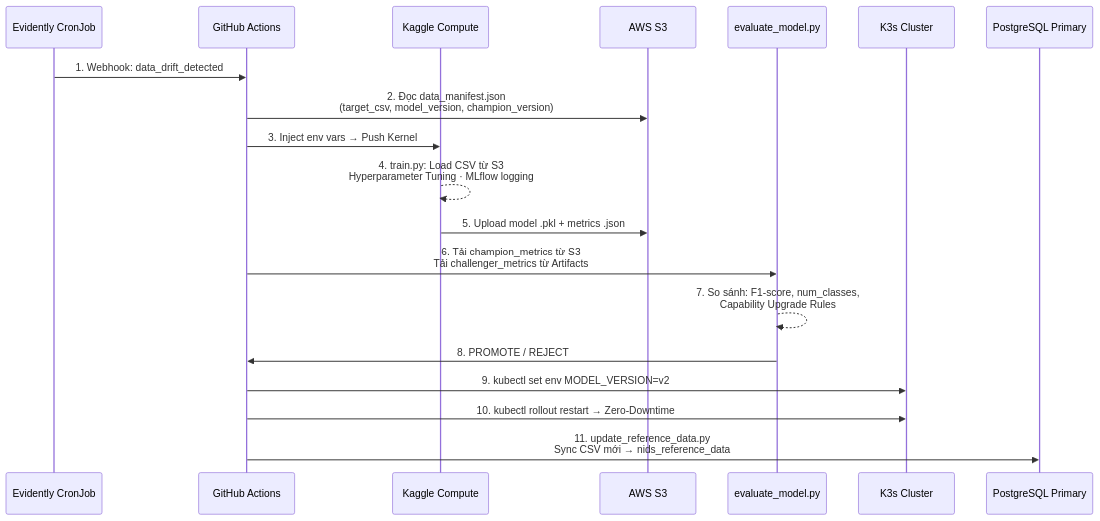
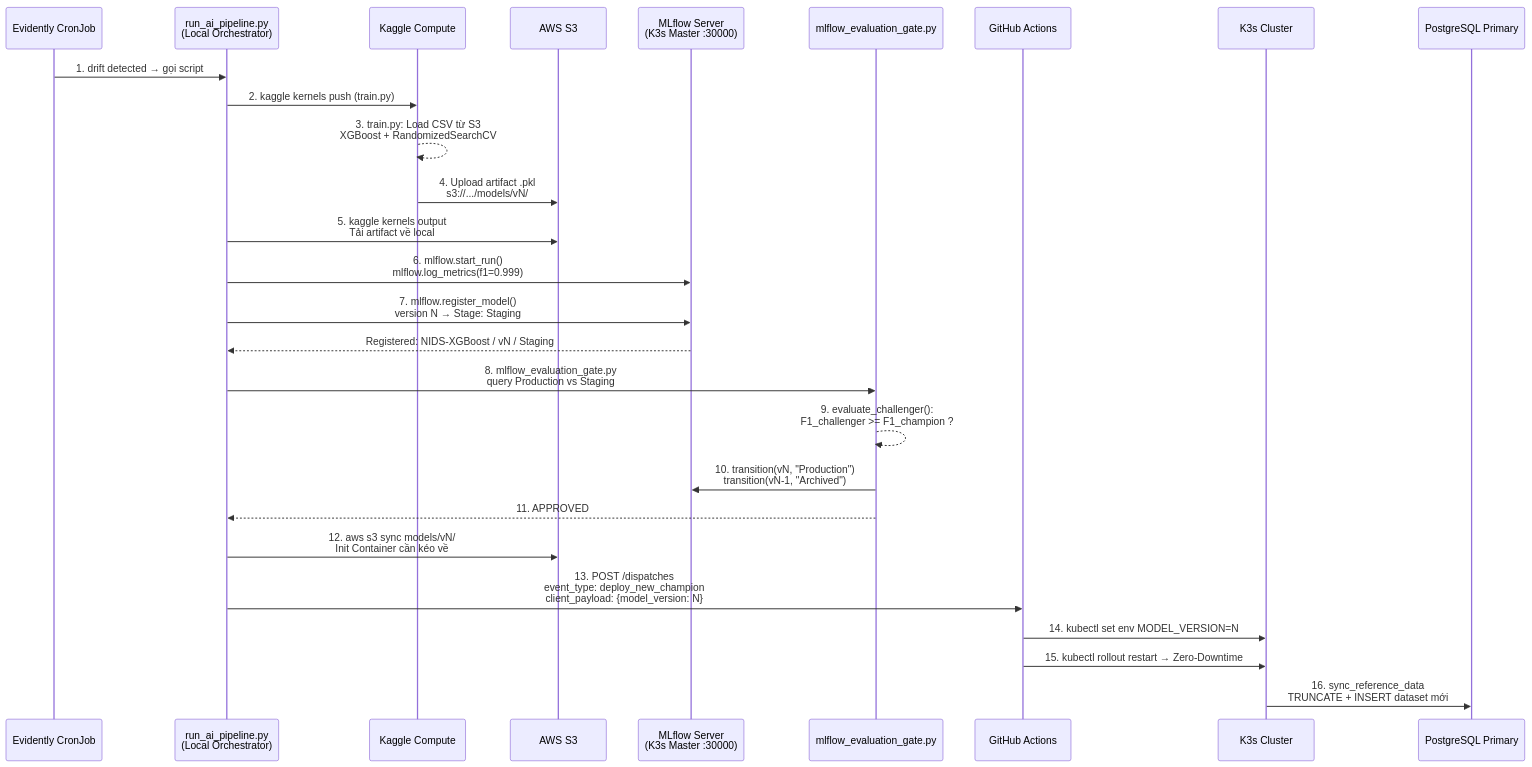
The fifth of 7 diagrams in ARCHITECTURE.md (Viet-Hoang-2005/AdaptML), drawn with Mermaid before and after one commit. The commit also changed other lines of this file and 9 other files, not shown here.

First line of the commit message:
feat,chore(architecture): MLflow Server on K3s + Local Orchestrator

````diff
--- a/ARCHITECTURE.md
+++ b/ARCHITECTURE.md
@@ -173,22 +163,30 @@
 ```mermaid
 sequenceDiagram
     participant E as Evidently CronJob
-    participant G as GitHub Actions
+    participant ORCH as run_ai_pipeline.py<br/>(Local Orchestrator)
     participant K as Kaggle Compute
     participant S as AWS S3
-    participant EV as evaluate_model.py
+    participant MLF as MLflow Server<br/>(K3s Master :30000)
+    participant GATE as mlflow_evaluation_gate.py
+    participant GA as GitHub Actions
     participant P as K3s Cluster
     participant DB as PostgreSQL Primary
 
-    E->>G: 1. Webhook: data_drift_detected
-    G->>S: 2. Đọc data_manifest.json<br/>(target_csv, model_version, champion_version)
-    G->>K: 3. Inject env vars → Push Kernel
-    K-->>K: 4. train.py: Load CSV từ S3<br/>Hyperparameter Tuning · MLflow logging
-    K->>S: 5. Upload model .pkl + metrics .json
-    G->>EV: 6. Tải champion_metrics từ S3<br/>Tải challenger_metrics từ Artifacts
-    EV-->>EV: 7. So sánh: F1-score, num_classes,<br/>Capability Upgrade Rules
-    EV->>G: 8. PROMOTE / REJECT
-    G->>P: 9. kubectl set env MODEL_VERSION=v2
-    G->>P: 10. kubectl rollout restart → Zero-Downtime
-    G->>DB: 11. update_reference_data.py<br/>Sync CSV mới → nids_reference_data
+    E->>ORCH: 1. drift detected → gọi script
+    ORCH->>K: 2. kaggle kernels push (train.py)
+    K-->>K: 3. train.py: Load CSV từ S3<br/>XGBoost + RandomizedSearchCV
+    K->>S: 4. Upload artifact .pkl<br/>s3://.../models/vN/
+    ORCH->>S: 5. kaggle kernels output<br/>Tải artifact về local
+    ORCH->>MLF: 6. mlflow.start_run()<br/>mlflow.log_metrics(f1=0.999)
+    ORCH->>MLF: 7. mlflow.register_model()<br/>version N → Stage: Staging
+    MLF-->>ORCH: Registered: NIDS-XGBoost / vN / Staging
+    ORCH->>GATE: 8. mlflow_evaluation_gate.py<br/>query Production vs Staging
+    GATE-->>GATE: 9. evaluate_challenger():<br/>F1_challenger >= F1_champion ?
+    GATE->>MLF: 10. transition(vN, "Production")<br/>transition(vN-1, "Archived")
+    GATE-->>ORCH: 11. APPROVED
+    ORCH->>S: 12. aws s3 sync models/vN/<br/>Init Container cần kéo về
+    ORCH->>GA: 13. POST /dispatches<br/>event_type: deploy_new_champion<br/>client_payload: {model_version: N}
+    GA->>P: 14. kubectl set env MODEL_VERSION=N
+    GA->>P: 15. kubectl rollout restart → Zero-Downtime
+    P->>DB: 16. sync_reference_data<br/>TRUNCATE + INSERT dataset mới
 ```
````
